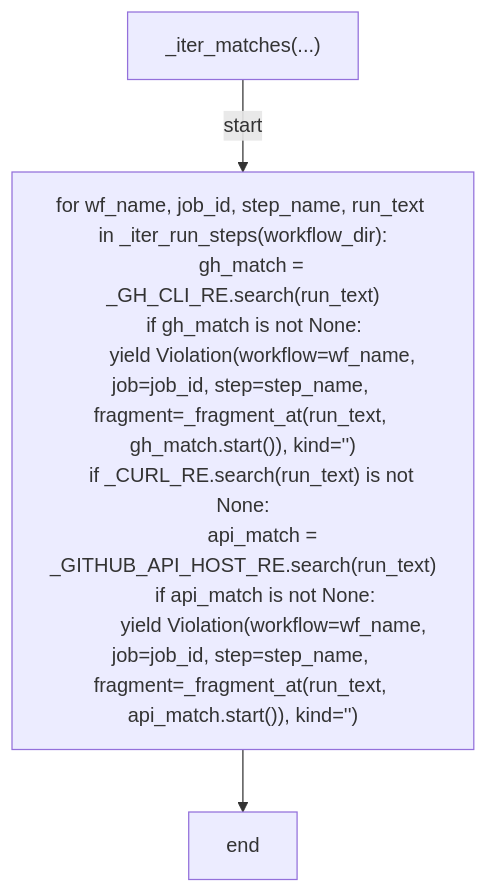
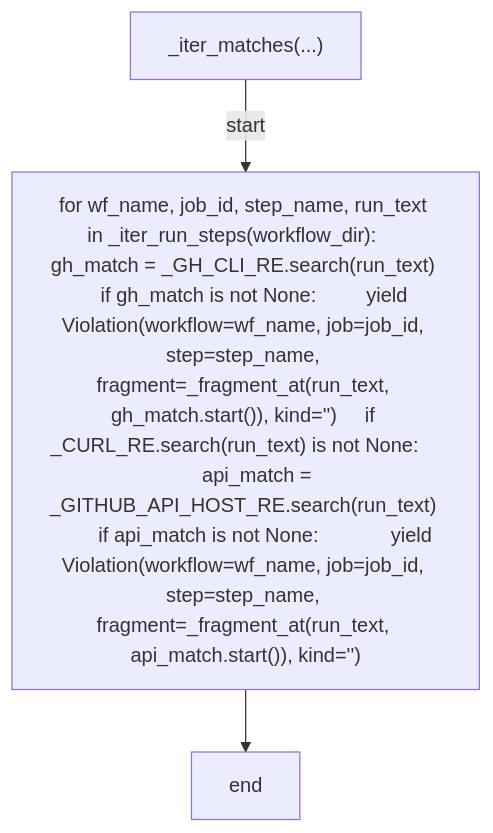
One commit to tvna/claude-md changed the fourth of 6 diagrams in docs/generated/scripts/ast/scan_workflow_gh_calls.md. Above: the diagram before and after it, drawn with Mermaid. The commit also changed other lines of this file and 23 other files, not shown here.

First line of the commit message:
docs(generated): regenerate decision tree and workflow diagrams (batch 4/5)

````diff
--- a/docs/generated/scripts/ast/scan_workflow_gh_calls.md
+++ b/docs/generated/scripts/ast/scan_workflow_gh_calls.md
@@ -64,15 +44,8 @@
 ```mermaid
 flowchart TD
     N001["_iter_matches(...)"]
-    N002["for wf_name, job_id, step_name, run_text in _iter_run_steps(workflow_dir):
-    gh_match = _GH_CLI_RE.search(run_text)
-    if gh_match is not None:
-        yield Violation(workflow=wf_name, job=job_id, step=step_name, fragment=_fragment_at(run_text, gh_match.start()), kind='<str>')
-    if _CURL_RE.search(run_text) is not None:
-        api_match = _GITHUB_API_HOST_RE.search(run_text)
-        if api_match is not None:
-            yield Violation(workflow=wf_name, job=job_id, step=step_name, fragment=_fragment_at(run_text, api_match.start()), kind='<str>')"]
+    N002["for wf_name, job_id, step_name, run_text in _iter_run_steps(workflow_dir):     gh_match = _GH_CLI_RE.search(run_text)     if gh_match is not None:         yield Violation(workflow=wf_name, job=job_id, step=step_name, fragment=_fragment_at(run_text, gh_match.start()), kind='<str>')     if _CURL_RE.search(run_text) is not None:         api_match = _GITHUB_API_HOST_RE.search(run_text)         if api_match is not None:             yield Violation(workflow=wf_name, job=job_id, step=step_name, fragment=_fragment_at(run_text, api_match.start()), kind='<str>')"]
     N003["end"]
     N001 -->|"start"| N002
     N002 --> N003
 ```
````
